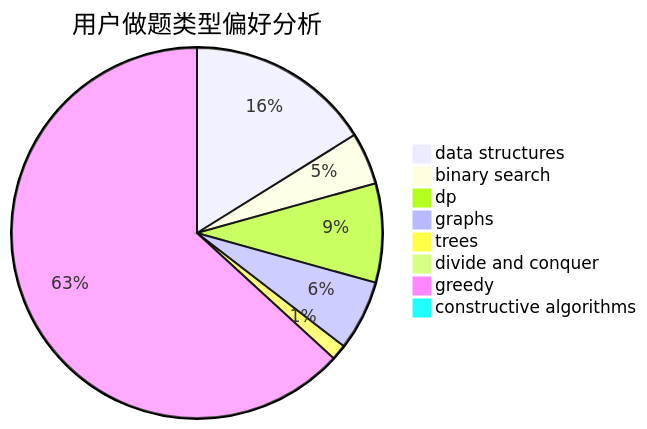
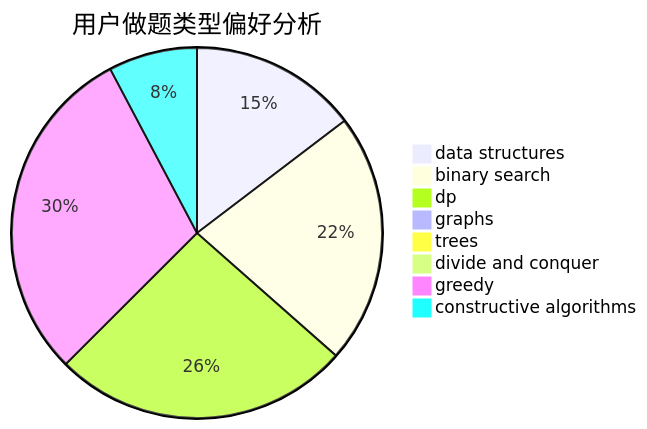
One commit to sherpahu/cfrs.github.io changed the second of 3 diagrams in docs/user/u370.md. Above: the diagram before and after it, drawn with Mermaid. The commit also changed other lines of this file and 2770 other files, not shown here.

````diff
--- a/docs/user/u370.md
+++ b/docs/user/u370.md
@@ -23,11 +23,11 @@
 ```mermaid
 pie title 用户做题类型偏好分析
-    "data structures" :  71
-    "binary search" :  20
-    "dp" :  38
-    "graphs" :  27
-    "trees" :  6
-    "divide and conquer" :  0
-    "greedy" :  278
-    "constructive algorithms" :  4
+    "data structures" :  403
+    "binary search" :  601
+    "dp" :  715
+    "graphs" :  12
+    "trees" :  1
+    "divide and conquer" :  6
+    "greedy" :  818
+    "constructive algorithms" :  213
 ```
````
